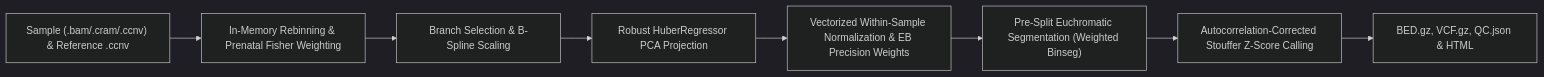
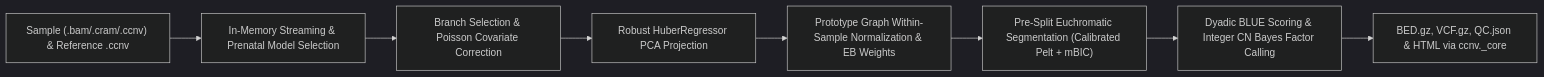
Before and after one commit to matthdsm/ccnv: the third of 3 diagrams in docs/cli.md, drawn with Mermaid (dark theme). The commit also changed other lines of this file and 123 other files, not shown here.

First line of the commit message:
feat: upgrade ccnv to Schema v2.0.0 with Rust I/O core and redesigned statistical/prenatal pipeline (#24)

````diff
--- a/docs/cli.md
+++ b/docs/cli.md
@@ -138,10 +139,10 @@
 ```mermaid
 flowchart LR
-    A["Sample (.bam/.cram/.ccnv) & Reference .ccnv"] --> B["In-Memory Rebinning & Prenatal Fisher Weighting"]
-    B --> C["Branch Selection & B-Spline Scaling"]
+    A["Sample (.bam/.cram/.ccnv) & Reference .ccnv"] --> B["In-Memory Streaming & Prenatal Model Selection"]
+    B --> C["Branch Selection & Poisson Covariate Correction"]
     C --> D["Robust HuberRegressor PCA Projection"]
-    D --> E["Vectorized Within-Sample Normalization & EB Precision Weights"]
-    E --> F["Pre-Split Euchromatic Segmentation (Weighted Binseg)"]
-    F --> G["Autocorrelation-Corrected Stouffer Z-Score Calling"]
-    G --> H["BED.gz, VCF.gz, QC.json & HTML"]
+    D --> E["Prototype Graph Within-Sample Normalization & EB Weights"]
+    E --> F["Pre-Split Euchromatic Segmentation (Calibrated Pelt + mBIC)"]
+    F --> G["Dyadic BLUE Scoring & Integer CN Bayes Factor Calling"]
+    G --> H["BED.gz, VCF.gz, QC.json & HTML via ccnv._core"]
 ```
````
